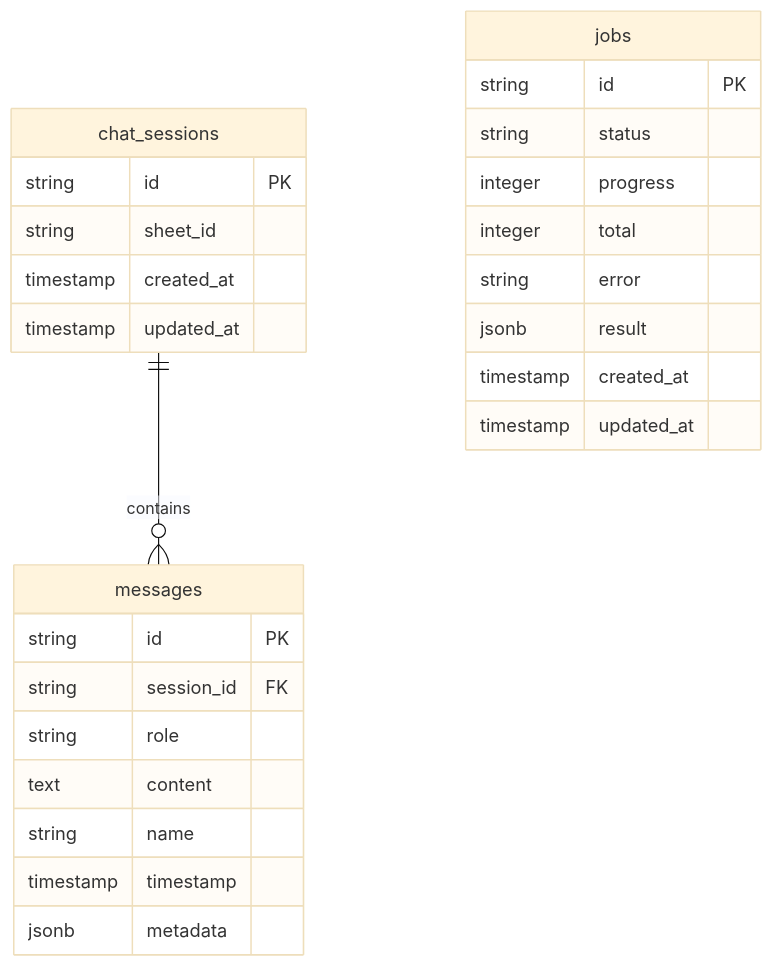
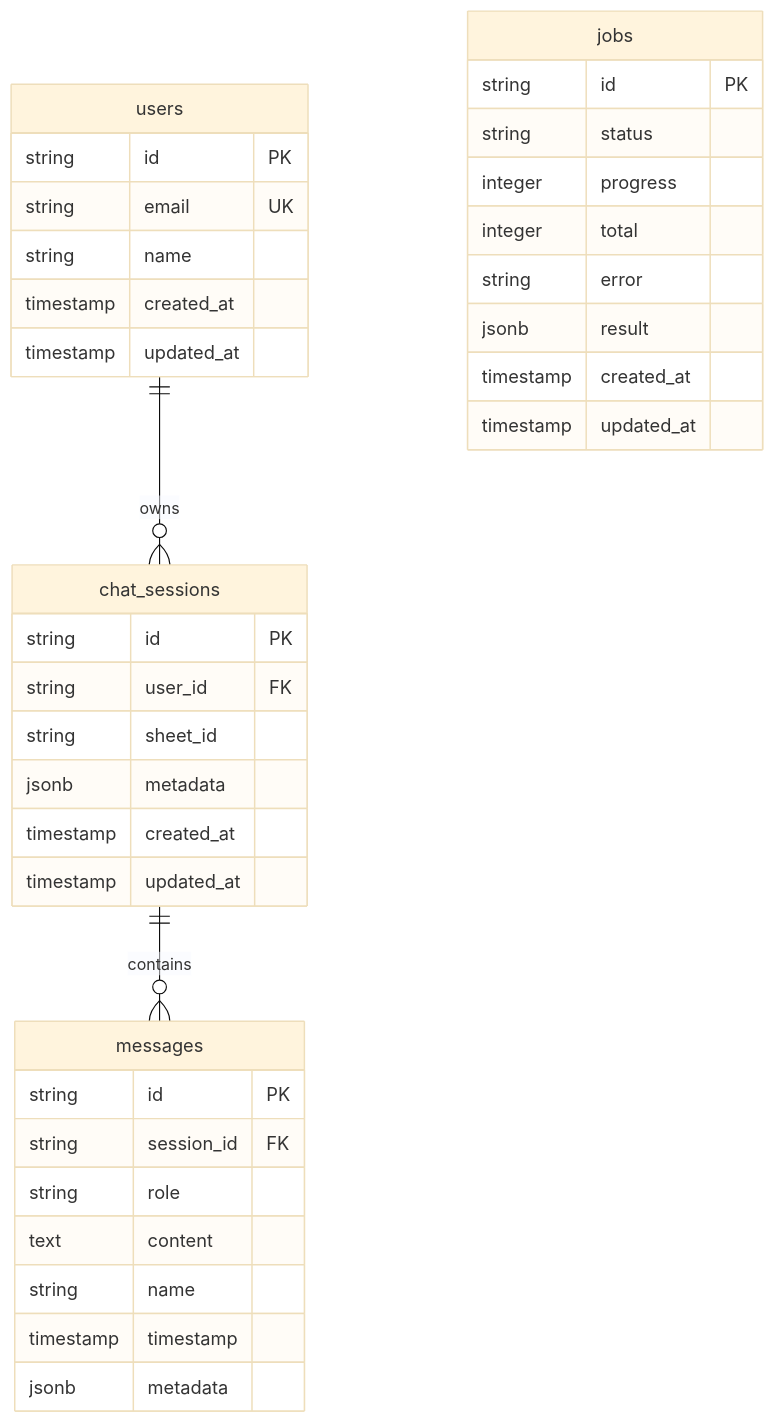
Before and after one commit to terilios/smartsheet-azure-ai: the tenth of 24 diagrams in systems-architecture-design.md, drawn with Mermaid (base theme). The commit also changed other lines of this file and 96 other files, not shown here.

````diff
--- a/systems-architecture-design.md
+++ b/systems-architecture-design.md
@@ -228,32 +230,43 @@
 ```mermaid
 erDiagram
+    users {
+        string id PK
+        string email UK
+        string name
+        timestamp created_at
+        timestamp updated_at
+    }
+
     chat_sessions {
         string id PK
+        string user_id FK
         string sheet_id
+        jsonb metadata
         timestamp created_at
         timestamp updated_at
     }
 
     messages {
         string id PK
         string session_id FK
         string role
         text content
         string name
         timestamp timestamp
         jsonb metadata
     }
 
     jobs {
         string id PK
         string status
         integer progress
         integer total
         string error
         jsonb result
         timestamp created_at
         timestamp updated_at
     }
 
+    users ||--o{ chat_sessions : owns
     chat_sessions ||--o{ messages : contains
 ```
````
